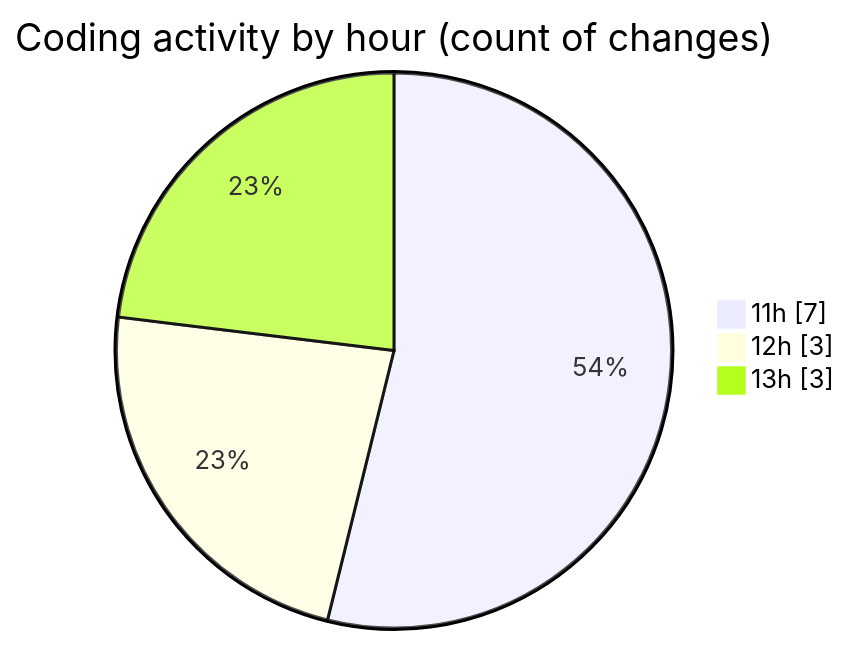
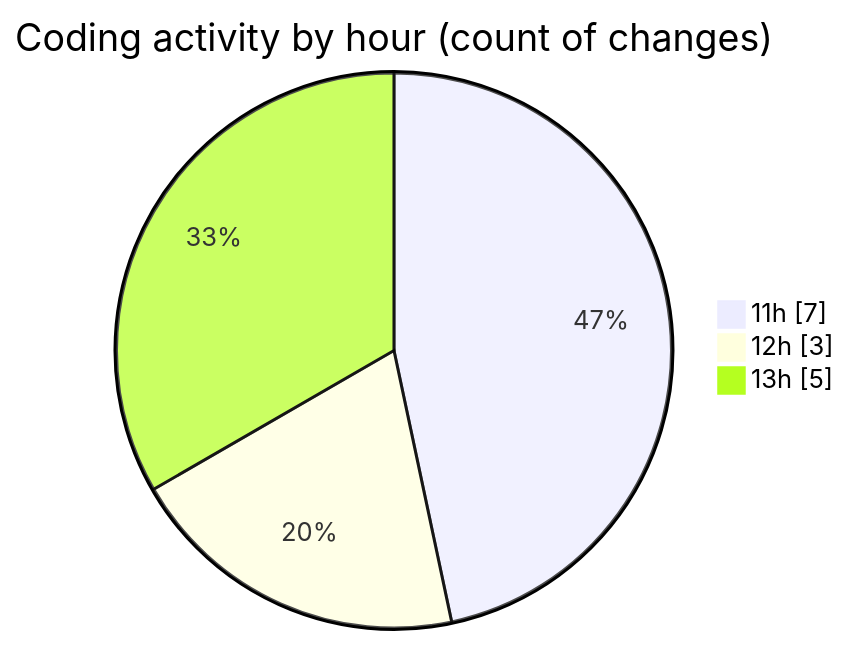
One commit to julien-gomy/code-tracking changed the second of 2 diagrams in 2025-10-20/usr_aleoudev_fr__workspace_/README.md. Above: the diagram before and after it, drawn with Mermaid. The commit also changed other lines of this file and 1 other file, not shown here.

````diff
--- a/2025-10-20/usr_aleoudev_fr__workspace_/README.md
+++ b/2025-10-20/usr_aleoudev_fr__workspace_/README.md
@@ -31,7 +31,7 @@
 ```mermaid
 pie showData
 title Coding activity by hour (count of changes)
 "11h" : 7
 "12h" : 3
-"13h" : 3
+"13h" : 5
 ```
````
